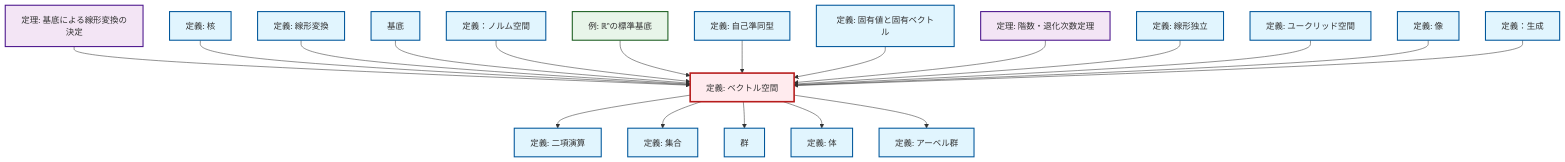
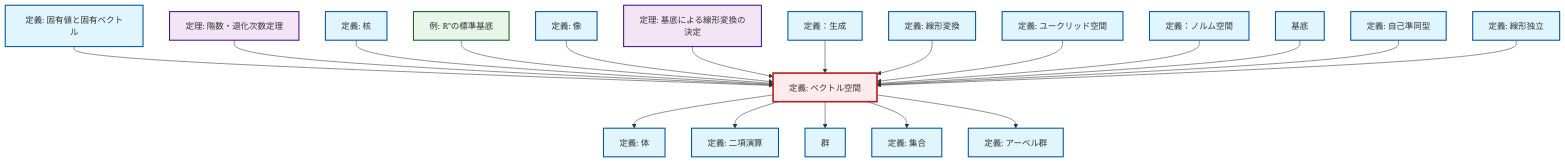
Before and after one commit to RK0429/ModernMath: the diagram in content/ja/algebra/def-vector-space.qmd, drawn with Mermaid. The commit also changed other lines of this file and 1012 other files, not shown here.

````diff
--- a/content/ja/algebra/def-vector-space.qmd
+++ b/content/ja/algebra/def-vector-space.qmd
@@ -56,65 +56,65 @@
 ```{mermaid}
 %%| fig-cap: "Local dependency graph"
 graph TD
     classDef definition fill:#e1f5fe,stroke:#01579b,stroke-width:2px
     classDef theorem fill:#f3e5f5,stroke:#4a148c,stroke-width:2px
     classDef axiom fill:#fff3e0,stroke:#e65100,stroke-width:2px
     classDef example fill:#e8f5e9,stroke:#1b5e20,stroke-width:2px
     classDef current fill:#ffebee,stroke:#b71c1c,stroke-width:3px
+    def-endomorphism["定義: 自己準同型"]:::definition
+    def-kernel["定義: 核"]:::definition
+    def-image["定義: 像"]:::definition
     def-basis["基底"]:::definition
-    def-binary-operation["定義: 二項演算"]:::definition
+    thm-linear-transformation-basis["定理: 基底による線形変換の決定"]:::theorem
+    def-vector-space["定義: ベクトル空間"]:::definition
+    def-linear-transformation["定義: 線形変換"]:::definition
+    def-eigenvalue-eigenvector["定義: 固有値と固有ベクトル"]:::definition
+    def-set["定義: 集合"]:::definition
+    def-span["定義：生成"]:::definition
+    def-normed-vector-space["定義：ノルム空間"]:::definition
+    def-field["定義: 体"]:::definition
     def-abelian-group["定義: アーベル群"]:::definition
     def-linear-independence["定義: 線形独立"]:::definition
-    thm-linear-transformation-basis["定理: 基底による線形変換の決定"]:::theorem
-    def-endomorphism["定義: 自己準同型"]:::definition
-    def-span["定義：生成"]:::definition
-    ex-standard-basis-rn["例: ℝⁿの標準基底"]:::example
-    def-image["定義: 像"]:::definition
-    def-set["定義: 集合"]:::definition
-    def-linear-transformation["定義: 線形変換"]:::definition
-    def-vector-space["定義: ベクトル空間"]:::definition
-    def-eigenvalue-eigenvector["定義: 固有値と固有ベクトル"]:::definition
-    def-field["定義: 体"]:::definition
-    def-normed-vector-space["定義：ノルム空間"]:::definition
+    def-binary-operation["定義: 二項演算"]:::definition
     thm-rank-nullity["定理: 階数・退化次数定理"]:::theorem
     def-euclidean-space["定義: ユークリッド空間"]:::definition
-    def-kernel["定義: 核"]:::definition
+    ex-standard-basis-rn["例: ℝⁿの標準基底"]:::example
     def-group["群"]:::definition
+    def-eigenvalue-eigenvector --> def-vector-space
+    def-vector-space --> def-field
+    def-vector-space --> def-binary-operation
+    thm-rank-nullity --> def-vector-space
+    def-kernel --> def-vector-space
+    def-vector-space --> def-group
+    ex-standard-basis-rn --> def-vector-space
+    def-image --> def-vector-space
     thm-linear-transformation-basis --> def-vector-space
-    def-kernel --> def-vector-space
+    def-span --> def-vector-space
     def-linear-transformation --> def-vector-space
-    def-vector-space --> def-binary-operation
     def-vector-space --> def-set
+    def-euclidean-space --> def-vector-space
+    def-normed-vector-space --> def-vector-space
     def-basis --> def-vector-space
-    def-normed-vector-space --> def-vector-space
-    ex-standard-basis-rn --> def-vector-space
     def-endomorphism --> def-vector-space
-    def-eigenvalue-eigenvector --> def-vector-space
-    thm-rank-nullity --> def-vector-space
+    def-vector-space --> def-abelian-group
     def-linear-independence --> def-vector-space
-    def-vector-space --> def-group
-    def-euclidean-space --> def-vector-space
-    def-image --> def-vector-space
-    def-vector-space --> def-field
-    def-span --> def-vector-space
-    def-vector-space --> def-abelian-group
     class def-vector-space current
+    click def-endomorphism "def-endomorphism.html" "自己準同型の定義へ"
+    click def-kernel "def-kernel.html" "核の定義へ"
+    click def-image "def-image.html" "像の定義へ"
     click def-basis "def-basis.html" "基底へ"
-    click def-binary-operation "def-binary-operation.html" "二項演算の定義へ"
+    click thm-linear-transformation-basis "thm-linear-transformation-basis.html" "基底による線形変換の決定の定理へ"
+    click def-linear-transformation "def-linear-transformation.html" "線形変換の定義へ"
+    click def-eigenvalue-eigenvector "def-eigenvalue-eigenvector.html" "固有値と固有ベクトルの定義へ"
+    click def-set "def-set.html" "集合の定義へ"
+    click def-span "def-span.html" "定義：生成へ"
+    click def-normed-vector-space "def-normed-vector-space.html" "定義：ノルム空間へ"
+    click def-field "def-field.html" "体の定義へ"
     click def-abelian-group "def-abelian-group.html" "アーベル群の定義へ"
     click def-linear-independence "def-linear-independence.html" "線形独立の定義へ"
-    click thm-linear-transformation-basis "thm-linear-transformation-basis.html" "基底による線形変換の決定の定理へ"
-    click def-endomorphism "def-endomorphism.html" "自己準同型の定義へ"
-    click def-span "def-span.html" "定義：生成へ"
-    click ex-standard-basis-rn "ex-standard-basis-rn.html" "ℝⁿの標準基底の例へ"
-    click def-image "def-image.html" "像の定義へ"
-    click def-set "def-set.html" "集合の定義へ"
-    click def-linear-transformation "def-linear-transformation.html" "線形変換の定義へ"
-    click def-eigenvalue-eigenvector "def-eigenvalue-eigenvector.html" "固有値と固有ベクトルの定義へ"
-    click def-field "def-field.html" "体の定義へ"
-    click def-normed-vector-space "def-normed-vector-space.html" "定義：ノルム空間へ"
+    click def-binary-operation "def-binary-operation.html" "二項演算の定義へ"
     click thm-rank-nullity "thm-rank-nullity.html" "階数・退化次数定理の定理へ"
     click def-euclidean-space "def-euclidean-space.html" "ユークリッド空間の定義へ"
-    click def-kernel "def-kernel.html" "核の定義へ"
+    click ex-standard-basis-rn "ex-standard-basis-rn.html" "ℝⁿの標準基底の例へ"
     click def-group "def-group.html" "群へ"
 ```
````
